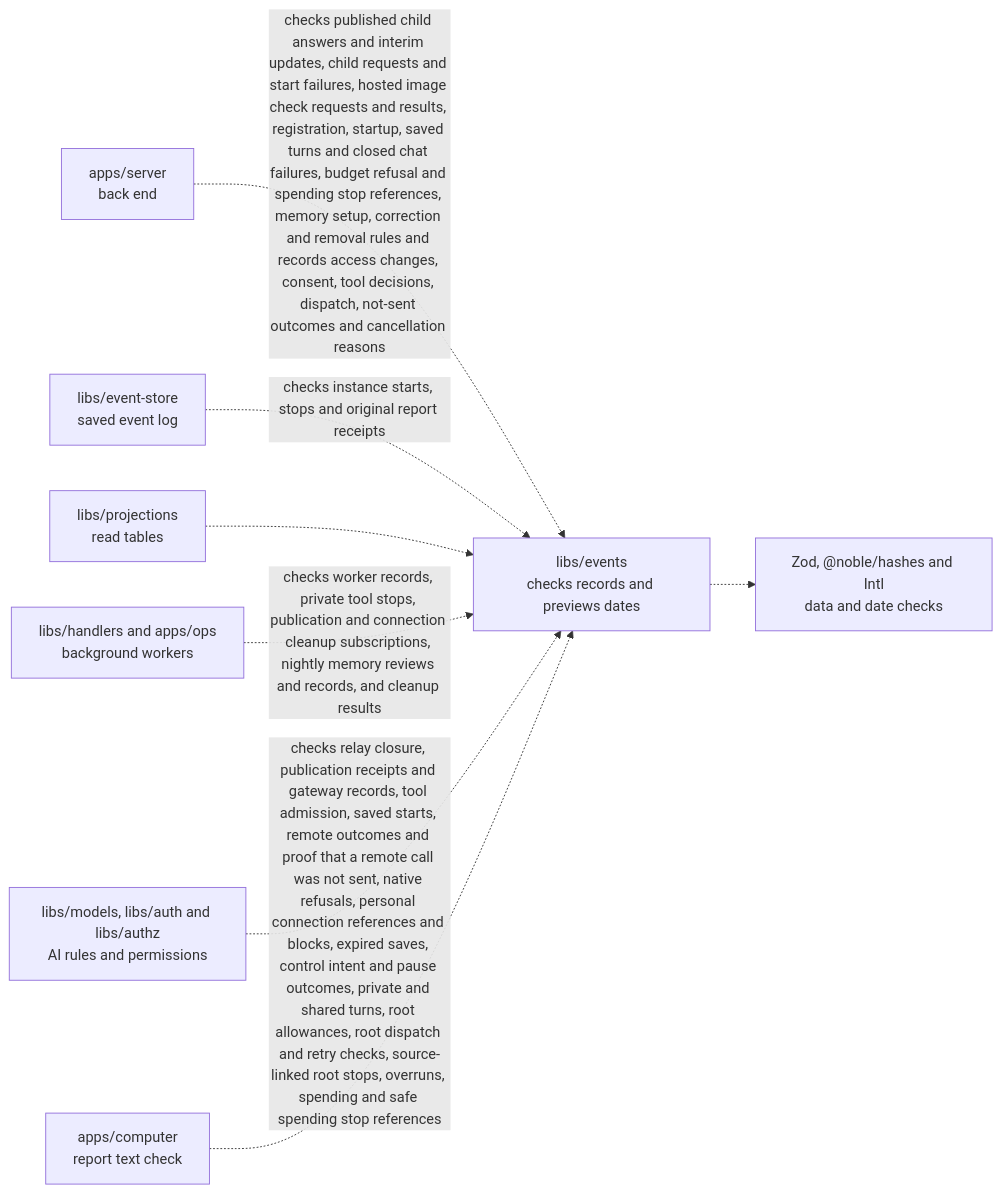
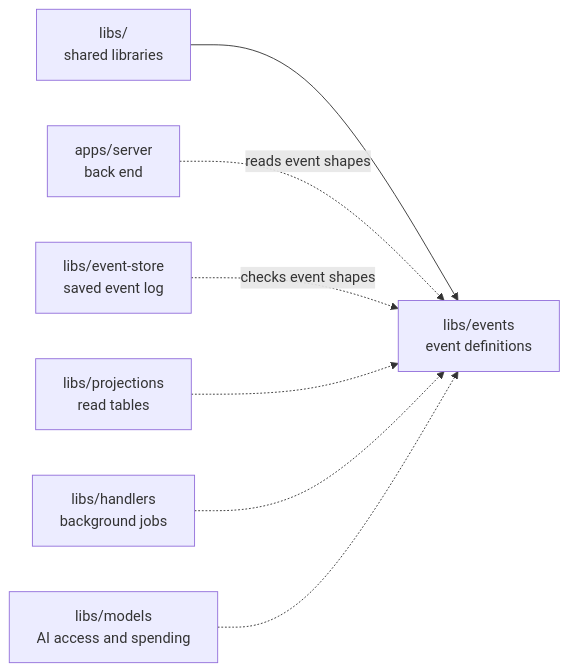
One commit to elewa-git/opencrane-new changed the diagram in libs/events/README.md. Above: the diagram before and after it, drawn with Mermaid. The commit also changed other lines of this file and 8 other files, not shown here.

Commit message:
📚 Explain the shared libraries in plain language.

````diff
--- a/libs/events/README.md
+++ b/libs/events/README.md
@@ -27,10 +19,9 @@
 ```mermaid
 flowchart LR
-  server["apps/server<br/>back end"] -.->|checks published child answers and interim updates, child requests and start failures, hosted image check requests and results, registration, startup, saved turns and closed chat failures, budget refusal and spending stop references, memory setup, correction and removal rules and records access changes, consent, tool decisions, dispatch, not-sent outcomes and cancellation reasons| events["libs/events<br/>checks records and previews dates"]
-  store["libs/event-store<br/>saved event log"] -.->|checks instance starts, stops and original report receipts| events
+  parent["libs/<br/>shared libraries"] --> events["libs/events<br/>event definitions"]
+  server["apps/server<br/>back end"] -.->|reads event shapes| events
+  store["libs/event-store<br/>saved event log"] -.->|checks event shapes| events
   projections["libs/projections<br/>read tables"] -.-> events
-  workers["libs/handlers and apps/ops<br/>background workers"] -.->|checks worker records, private tool stops, publication and connection cleanup subscriptions, nightly memory reviews and records, and cleanup results| events
-  others["libs/models, libs/auth and libs/authz<br/>AI rules and permissions"] -.->|checks relay closure, publication receipts and gateway records, tool admission, saved starts, remote outcomes and proof that a remote call was not sent, native refusals, personal connection references and blocks, expired saves, control intent and pause outcomes, private and shared turns, root allowances, root dispatch and retry checks, source-linked root stops, overruns, spending and safe spending stop references| events
-  computer["apps/computer<br/>report text check"] -.-> events
-  events -.-> checks["Zod, @noble/hashes and Intl<br/>data and date checks"]
+  handlers["libs/handlers<br/>background jobs"] -.-> events
+  models["libs/models<br/>AI access and spending"] -.-> events
 ```
````
